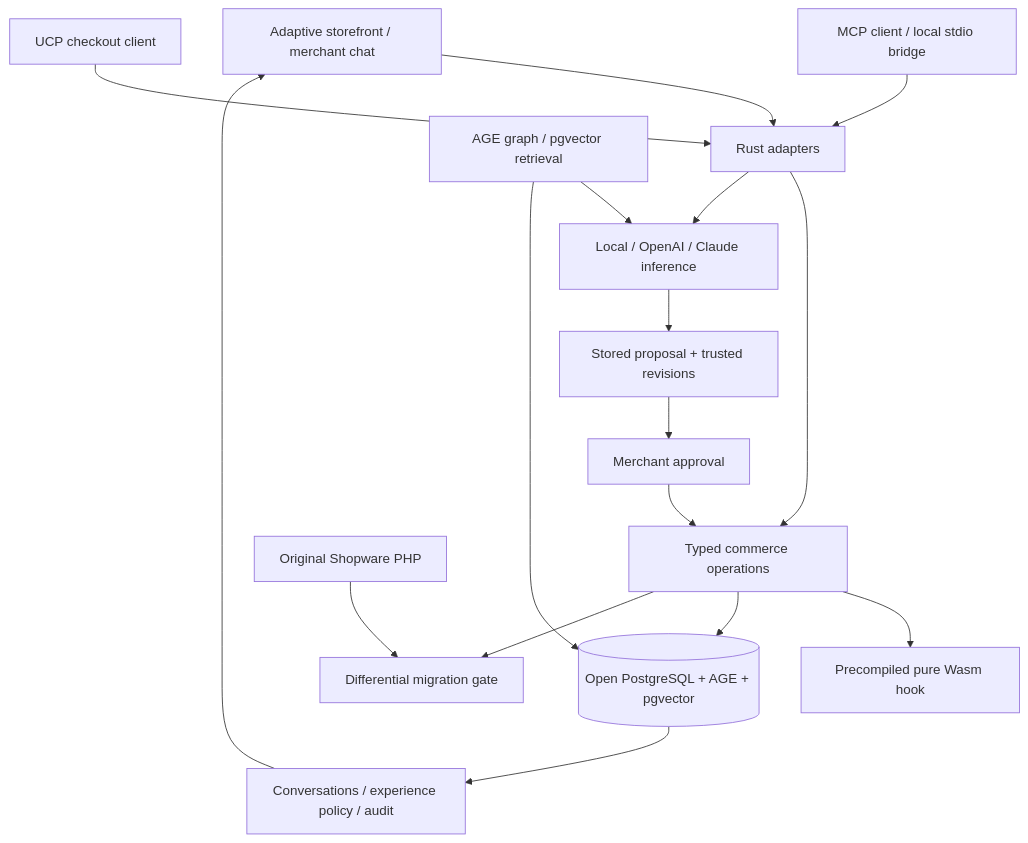
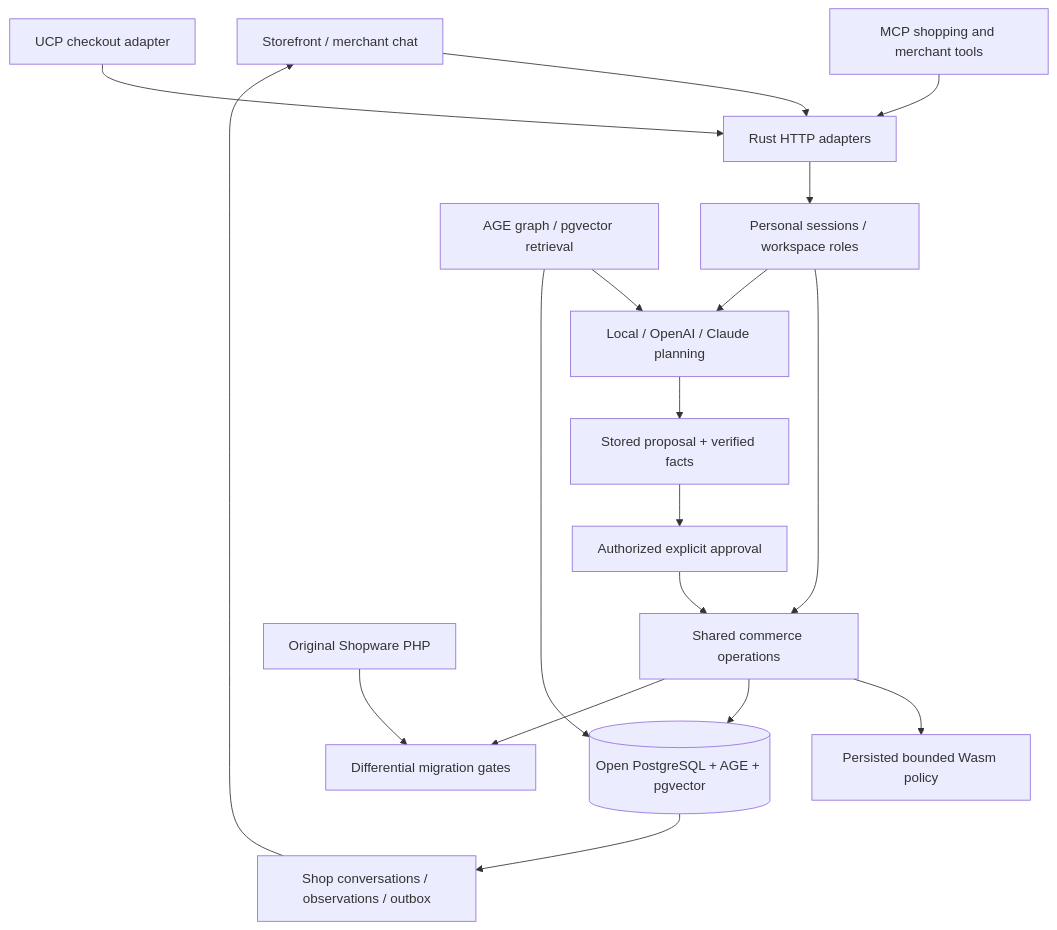
The diagram in README.md (sthamann/rust-ai-commerce), drawn with Mermaid before and after one commit. The commit also changed other lines of this file and 162 other files, not shown here.

````diff
--- a/README.md
+++ b/README.md
@@ -205,19 +275,20 @@
 ```mermaid
 flowchart TD
-  UI[Adaptive storefront / merchant chat] --> API[Rust adapters]
-  MCP[MCP client / local stdio bridge] --> API
-  UCP[UCP checkout client] --> API
-  API --> CORE[Typed commerce operations]
-  API --> PLAN[Local / OpenAI / Claude inference]
-  KNOWLEDGE[AGE graph / pgvector retrieval] --> PLAN
-  PLAN --> PREVIEW[Stored proposal + trusted revisions]
-  PREVIEW --> APPROVAL[Merchant approval]
+  UI[Storefront / merchant chat] --> API[Rust HTTP adapters]
+  MCP[MCP shopping and merchant tools] --> API
+  UCP[UCP checkout adapter] --> API
+  API --> AUTH[Personal sessions / workspace roles]
+  AUTH --> CORE[Shared commerce operations]
+  AUTH --> PLAN[Local / OpenAI / Claude planning]
+  GRAPH[AGE graph / pgvector retrieval] --> PLAN
+  PLAN --> PREVIEW[Stored proposal + verified facts]
+  PREVIEW --> APPROVAL[Authorized explicit approval]
   APPROVAL --> CORE
-  CORE --> WASM[Precompiled pure Wasm hook]
+  CORE --> WASM[Persisted bounded Wasm policy]
   CORE --> DB[(Open PostgreSQL + AGE + pgvector)]
-  KNOWLEDGE --> DB
-  DB --> MEMORY[Conversations / experience policy / audit]
+  GRAPH --> DB
+  DB --> MEMORY[Shop conversations / observations / outbox]
   MEMORY --> UI
-  REF[Original Shopware PHP] --> DIFF[Differential migration gate]
+  REF[Original Shopware PHP] --> DIFF[Differential migration gates]
   CORE --> DIFF
 ```
````
